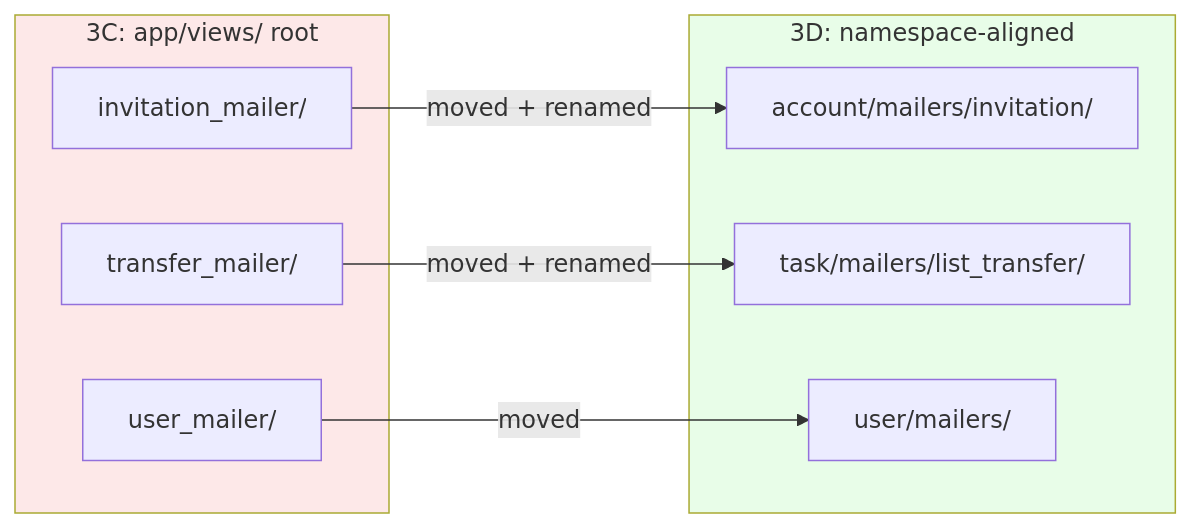
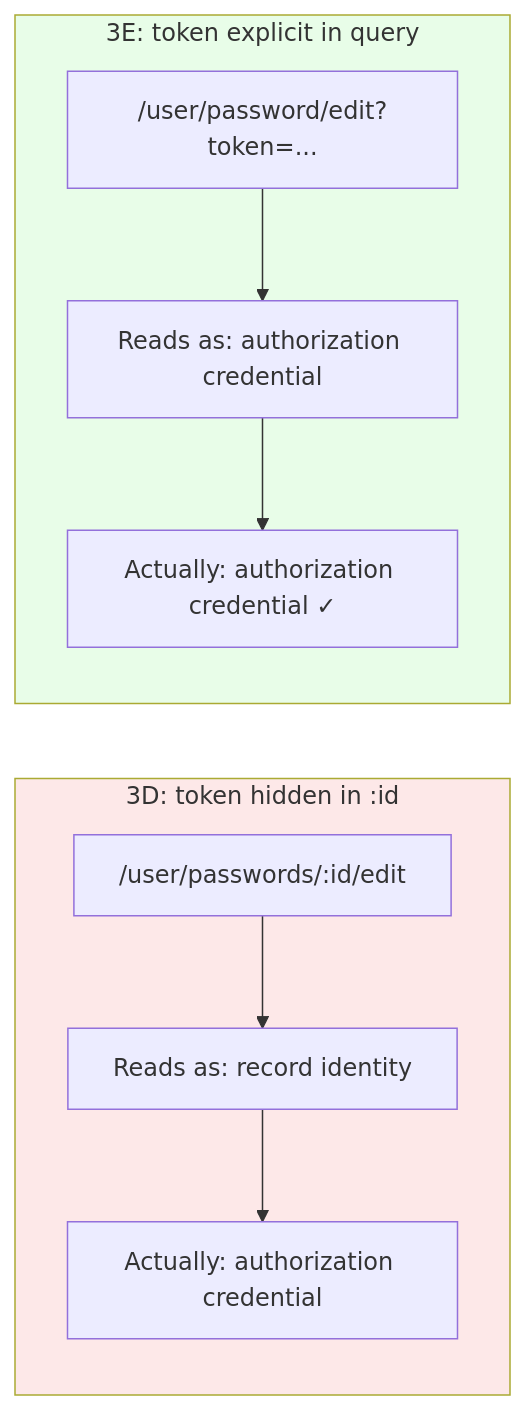
The first of 2 diagrams in README.md (railswhey/app), drawn with Mermaid before and after one commit. The commit also changed other lines of this file and 30 other files, not shown here.

````diff
--- a/README.md
+++ b/README.md
@@ -129,21 +117,15 @@
 ```mermaid
 flowchart LR
-  subgraph Before["3C: app/views/ root"]
-    IM[invitation_mailer/]
-    TM[transfer_mailer/]
-    UM[user_mailer/]
+  subgraph Before["3D: token hidden in :id"]
+    P1["/user/passwords/:id/edit"] --> S1["Reads as: record identity"]
+    S1 --> R1["Actually: authorization credential"]
   end
 
-  subgraph After["3D: namespace-aligned"]
-    AIM[account/mailers/invitation/]
-    TTM[task/mailers/list_transfer/]
-    UMN[user/mailers/]
+  subgraph After["3E: token explicit in query"]
+    P2["/user/password/edit?token=..."] --> S2["Reads as: authorization credential"]
+    S2 --> R2["Actually: authorization credential ✓"]
   end
-
-  IM -->|"moved + renamed"| AIM
-  TM -->|"moved + renamed"| TTM
-  UM -->|"moved"| UMN
 
   style Before fill:#fde8e8
   style After fill:#e8fde8
 ```
````
